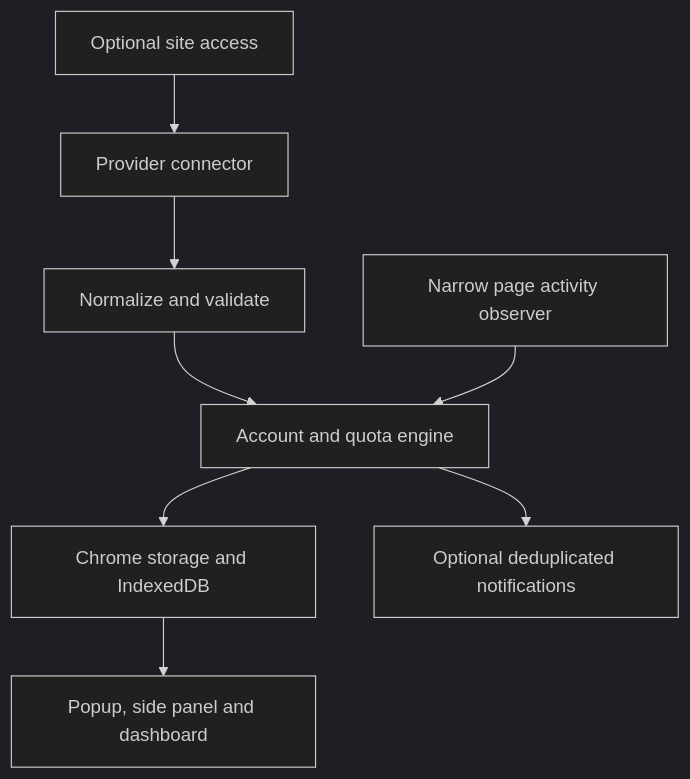
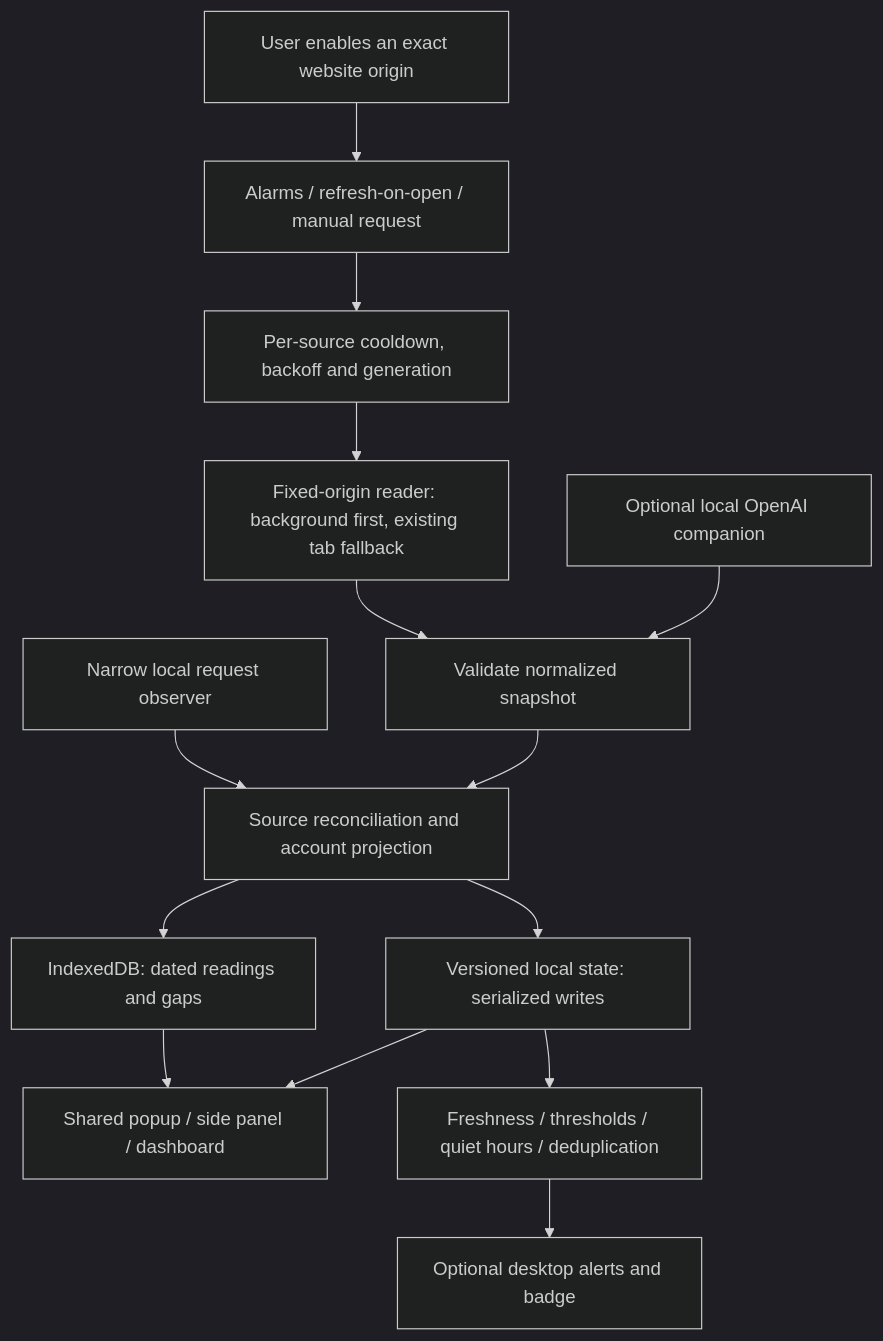
Before and after one commit to voiddev011/mylimits: the diagram in docs/ARCHITECTURE.md, drawn with Mermaid (dark theme). The commit also changed other lines of this file and 7 other files, not shown here.

````diff
--- a/docs/ARCHITECTURE.md
+++ b/docs/ARCHITECTURE.md
@@ -7,10 +7,16 @@
 ```mermaid
 flowchart TD
-  Consent[Optional site access] --> Connector[Provider connector]
-  Connector --> Validate[Normalize and validate]
-  Validate --> Engine[Account and quota engine]
-  Engine --> Storage[Chrome storage and IndexedDB]
-  Storage --> UI[Popup, side panel and dashboard]
-  Engine --> Alerts[Optional deduplicated notifications]
-  Observer[Narrow page activity observer] --> Engine
+  Click[User enables an exact website origin] --> Schedule[Alarms / refresh-on-open / manual request]
+  Schedule --> Guard[Per-source cooldown, backoff and generation]
+  Guard --> Reader[Fixed-origin reader: background first, existing tab fallback]
+  Native[Optional local OpenAI companion] --> Normalize[Validate normalized snapshot]
+  Reader --> Normalize
+  Normalize --> Reconcile[Source reconciliation and account projection]
+  Reconcile --> State[Versioned local state: serialized writes]
+  Reconcile --> History[IndexedDB: dated readings and gaps]
+  State --> Views[Shared popup / side panel / dashboard]
+  History --> Views
+  State --> Policy[Freshness / thresholds / quiet hours / deduplication]
+  Policy --> Alerts[Optional desktop alerts and badge]
+  Observer[Narrow local request observer] --> Reconcile
 ```
````
